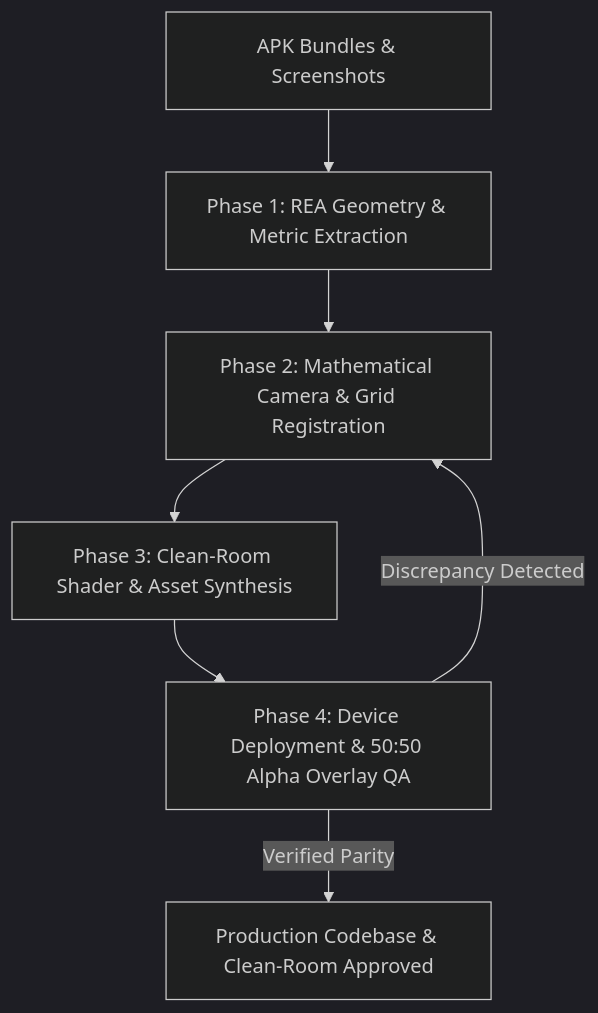
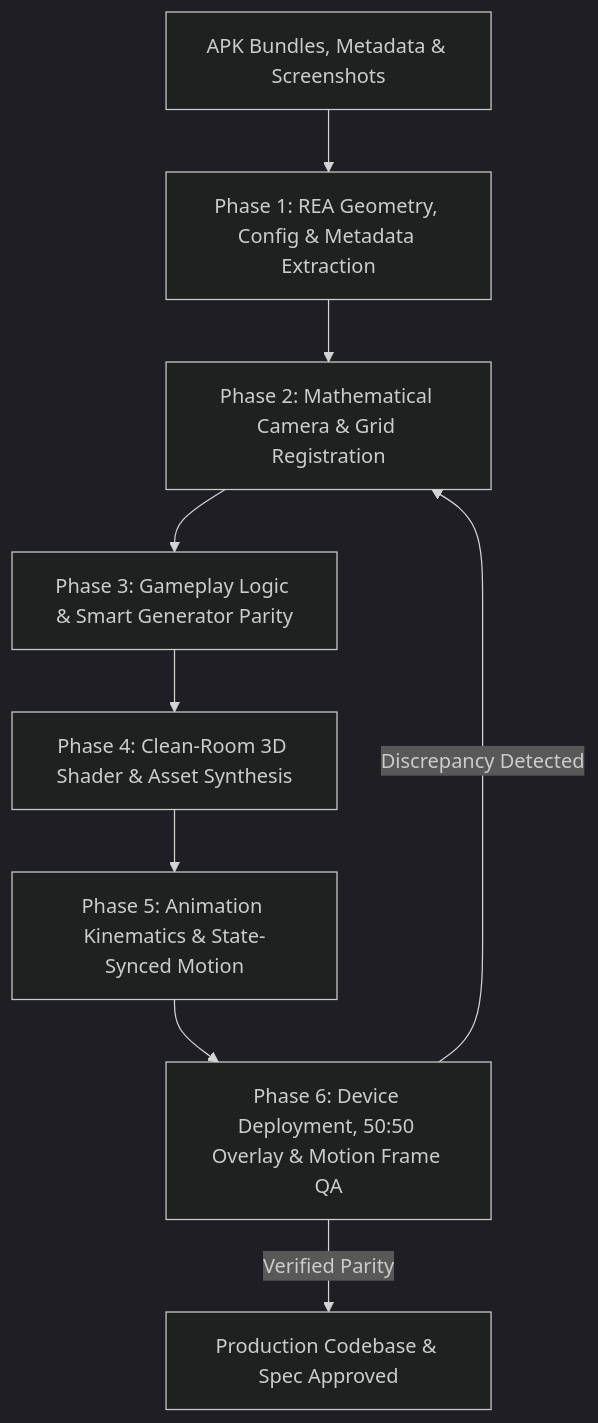
One commit to hwanjongyu/skills changed the second of 2 diagrams in README.md. Above: the diagram before and after it, drawn with Mermaid (dark theme). The commit also changed other lines of this file and 2 other files, not shown here.

Commit message:
docs: enhance README and SKILL documentation for rea-screenshot-game-builder with detailed extraction processes and compliance guidelines

````diff
--- a/README.md
+++ b/README.md
@@ -66,9 +66,11 @@
 ```mermaid
 flowchart TD
-    A["APK Bundles & Screenshots"] --> B["Phase 1: REA Geometry & Metric Extraction"]
+    A["APK Bundles, Metadata & Screenshots"] --> B["Phase 1: REA Geometry, Config & Metadata Extraction"]
     B --> C["Phase 2: Mathematical Camera & Grid Registration"]
-    C --> D["Phase 3: Clean-Room Shader & Asset Synthesis"]
-    D --> E["Phase 4: Device Deployment & 50:50 Alpha Overlay QA"]
-    E -->|Discrepancy Detected| C
-    E -->|Verified Parity| F["Production Codebase & Clean-Room Approved"]
+    C --> D["Phase 3: Gameplay Logic & Smart Generator Parity"]
+    D --> E["Phase 4: Clean-Room 3D Shader & Asset Synthesis"]
+    E --> F["Phase 5: Animation Kinematics & State-Synced Motion"]
+    F --> G["Phase 6: Device Deployment, 50:50 Overlay & Motion Frame QA"]
+    G -->|Discrepancy Detected| C
+    G -->|Verified Parity| H["Production Codebase & Spec Approved"]
 ```
````
